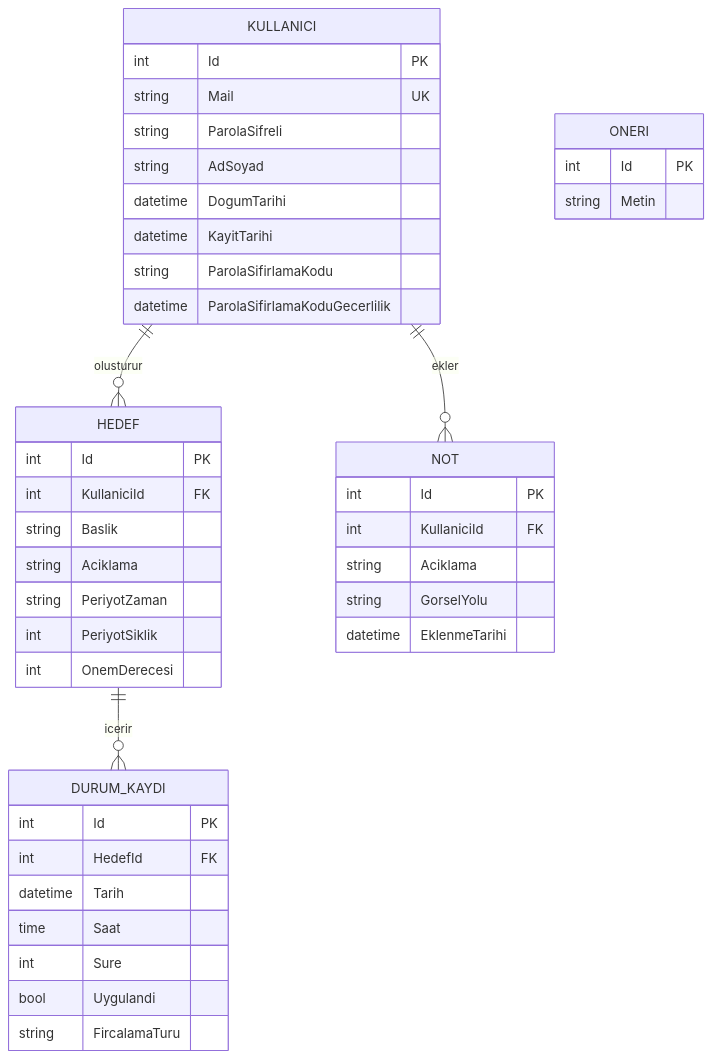
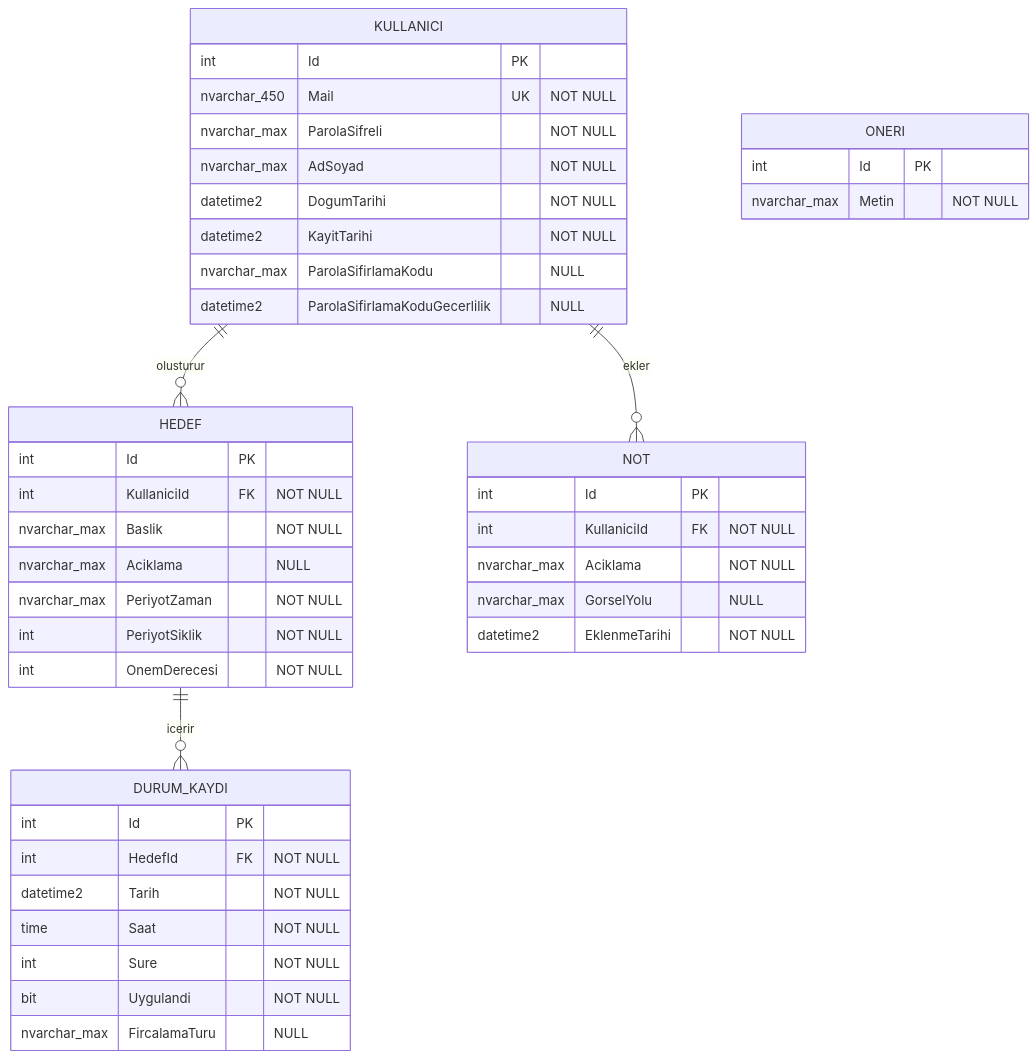
The diagram in docs/veritabani-semasi.md (nanchash/agizbakim), drawn with Mermaid before and after one commit. The commit also changed other lines of this file, not shown here.

Commit message:
DB semasini kolon tipleri, null durumu ve cascade davranisiyla detaylandir

````diff
--- a/docs/veritabani-semasi.md
+++ b/docs/veritabani-semasi.md
@@ -5,50 +5,50 @@
 ```mermaid
 erDiagram
     KULLANICI ||--o{ HEDEF : olusturur
     KULLANICI ||--o{ NOT : ekler
     HEDEF ||--o{ DURUM_KAYDI : icerir
 
     KULLANICI {
         int Id PK
-        string Mail UK
-        string ParolaSifreli
-        string AdSoyad
-        datetime DogumTarihi
-        datetime KayitTarihi
-        string ParolaSifirlamaKodu
-        datetime ParolaSifirlamaKoduGecerlilik
+        nvarchar_450 Mail UK "NOT NULL"
+        nvarchar_max ParolaSifreli "NOT NULL"
+        nvarchar_max AdSoyad "NOT NULL"
+        datetime2 DogumTarihi "NOT NULL"
+        datetime2 KayitTarihi "NOT NULL"
+        nvarchar_max ParolaSifirlamaKodu "NULL"
+        datetime2 ParolaSifirlamaKoduGecerlilik "NULL"
     }
 
     HEDEF {
         int Id PK
-        int KullaniciId FK
-        string Baslik
-        string Aciklama
-        string PeriyotZaman
-        int PeriyotSiklik
-        int OnemDerecesi
+        int KullaniciId FK "NOT NULL"
+        nvarchar_max Baslik "NOT NULL"
+        nvarchar_max Aciklama "NULL"
+        nvarchar_max PeriyotZaman "NOT NULL"
+        int PeriyotSiklik "NOT NULL"
+        int OnemDerecesi "NOT NULL"
     }
 
     DURUM_KAYDI {
         int Id PK
-        int HedefId FK
-        datetime Tarih
-        time Saat
-        int Sure
-        bool Uygulandi
-        string FircalamaTuru
+        int HedefId FK "NOT NULL"
+        datetime2 Tarih "NOT NULL"
+        time Saat "NOT NULL"
+        int Sure "NOT NULL"
+        bit Uygulandi "NOT NULL"
+        nvarchar_max FircalamaTuru "NULL"
     }
 
     NOT {
         int Id PK
-        int KullaniciId FK
-        string Aciklama
-        string GorselYolu
-        datetime EklenmeTarihi
+        int KullaniciId FK "NOT NULL"
+        nvarchar_max Aciklama "NOT NULL"
+        nvarchar_max GorselYolu "NULL"
+        datetime2 EklenmeTarihi "NOT NULL"
     }
 
     ONERI {
         int Id PK
-        string Metin
+        nvarchar_max Metin "NOT NULL"
     }
 ```
````
